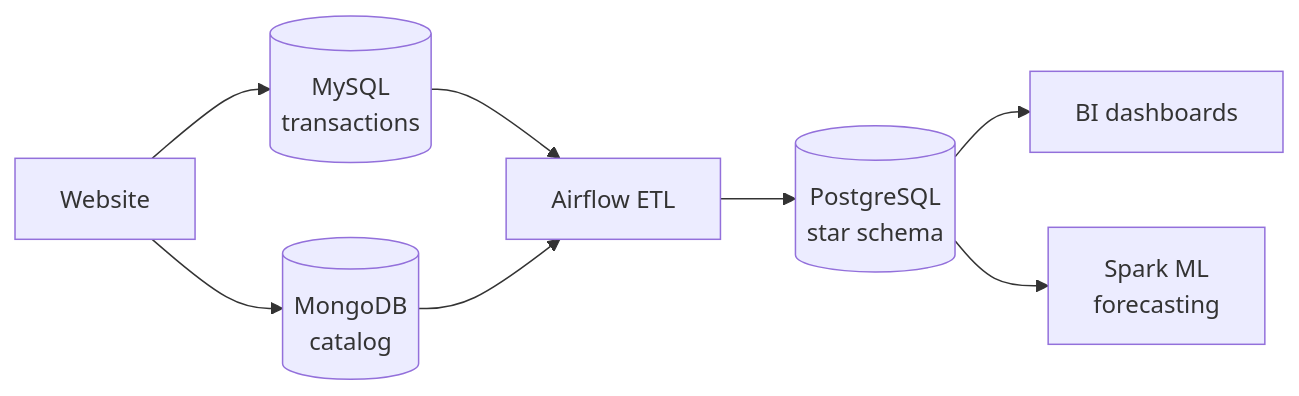
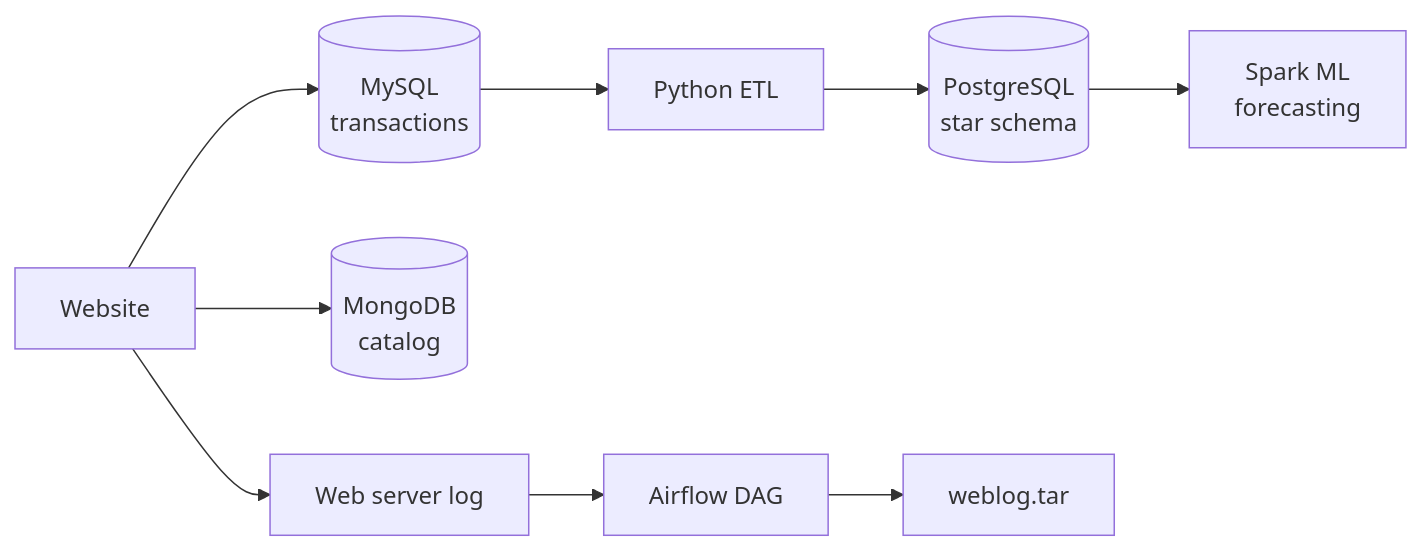
One commit to bunyamin-polat/cart-pulse changed the diagram in README.md. Above: the diagram before and after it, drawn with Mermaid. The commit also changed other lines of this file, not shown here.

Commit message:
Update README for the current architecture and CI

````diff
--- a/README.md
+++ b/README.md
@@ -17,10 +18,11 @@
 ```mermaid
 flowchart LR
     web[Website] --> mysql[(MySQL<br/>transactions)]
     web --> mongo[(MongoDB<br/>catalog)]
-    mysql --> airflow[Airflow ETL]
-    mongo --> airflow
-    airflow --> pg[(PostgreSQL<br/>star schema)]
-    pg --> bi[BI dashboards]
+    web --> log[Web server log]
+    mysql --> etl[Python ETL]
+    etl --> pg[(PostgreSQL<br/>star schema)]
     pg --> spark[Spark ML<br/>forecasting]
+    log --> airflow[Airflow DAG]
+    airflow --> archive[weblog.tar]
 ```
````
